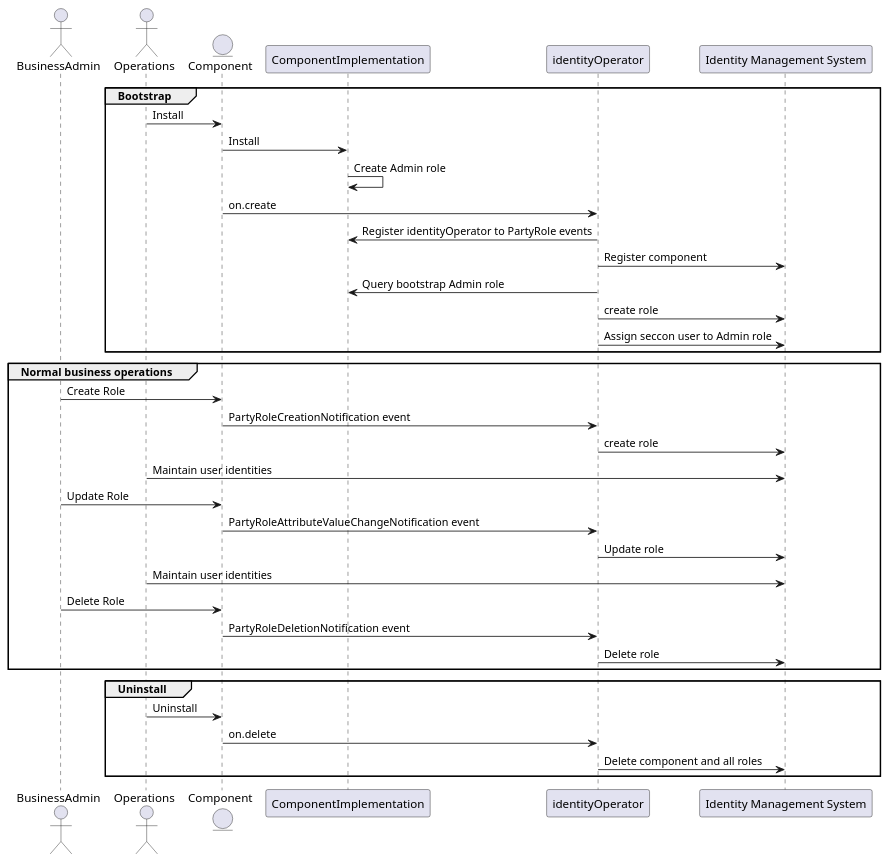
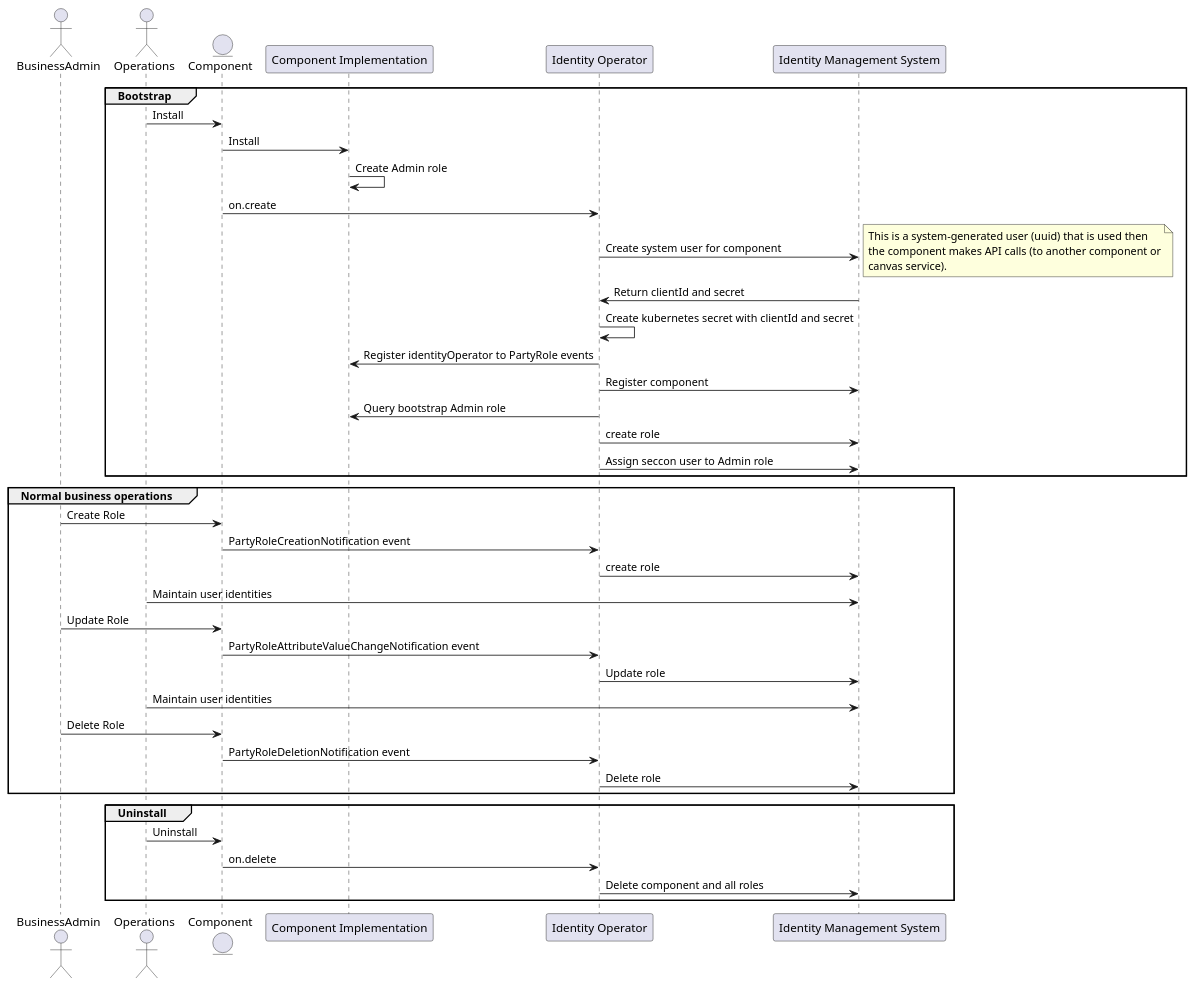
One commit to tmforum-oda/oda-canvas changed the diagram in oda-canvas-ctk/usecase-library/pumlFiles/securitySequenceKeycloak.puml. Above: the diagram before and after it, drawn with PlantUML. The commit also changed 1 other file, not shown here.

Commit message:
Updated bootstrap use-case - component system user

```diff
--- a/oda-canvas-ctk/usecase-library/pumlFiles/securitySequenceKeycloak.puml
+++ b/oda-canvas-ctk/usecase-library/pumlFiles/securitySequenceKeycloak.puml
@@ -1,43 +1,54 @@
 @startuml
 
 actor BusinessAdmin
 actor Operations
 entity Component
-participant ComponentImplementation
+participant "Component Implementation" as ComponentImplementation
+participant "Identity Operator" as identityOperator
+participant "Identity Management System" as IDM
 
 group Bootstrap
 Component <- Operations : Install
 Component -> ComponentImplementation : Install
 ComponentImplementation -> ComponentImplementation: Create Admin role
 
 Component -> identityOperator: on.create 
+identityOperator -> IDM: Create system user for component
+note right
+    This is a system-generated user (uuid) that is used then
+    the component makes API calls (to another component or
+    canvas service).
+end note
+identityOperator <- IDM: Return clientId and secret
+identityOperator -> identityOperator: Create kubernetes secret with clientId and secret
+
 identityOperator -> ComponentImplementation: Register identityOperator to PartyRole events
-identityOperator -> "Identity Management System": Register component
+identityOperator -> IDM: Register component
 
 identityOperator -> ComponentImplementation : Query bootstrap Admin role
-identityOperator -> "Identity Management System": create role
-identityOperator -> "Identity Management System": Assign seccon user to Admin role
+identityOperator -> IDM: create role
+identityOperator -> IDM: Assign seccon user to Admin role
 
 end 
 group Normal business operations
 
 BusinessAdmin -> Component: Create Role
 Component-> identityOperator: PartyRoleCreationNotification event
-identityOperator -> "Identity Management System": create role
-Operations->"Identity Management System"  : Maintain user identities
+identityOperator -> IDM: create role
+Operations->IDM  : Maintain user identities
 BusinessAdmin -> Component: Update Role
 Component-> identityOperator: PartyRoleAttributeValueChangeNotification event
-identityOperator -> "Identity Management System": Update role
-Operations->"Identity Management System"  : Maintain user identities
+identityOperator -> IDM: Update role
+Operations->IDM  : Maintain user identities
 BusinessAdmin -> Component: Delete Role
 Component-> identityOperator: PartyRoleDeletionNotification event
-identityOperator -> "Identity Management System": Delete role
+identityOperator -> IDM: Delete role
 
 end
 group Uninstall
 Operations -> Component  : Uninstall
 Component -> identityOperator: on.delete 
-identityOperator -> "Identity Management System": Delete component and all roles
+identityOperator -> IDM: Delete component and all roles
 end
 
 @enduml
```
